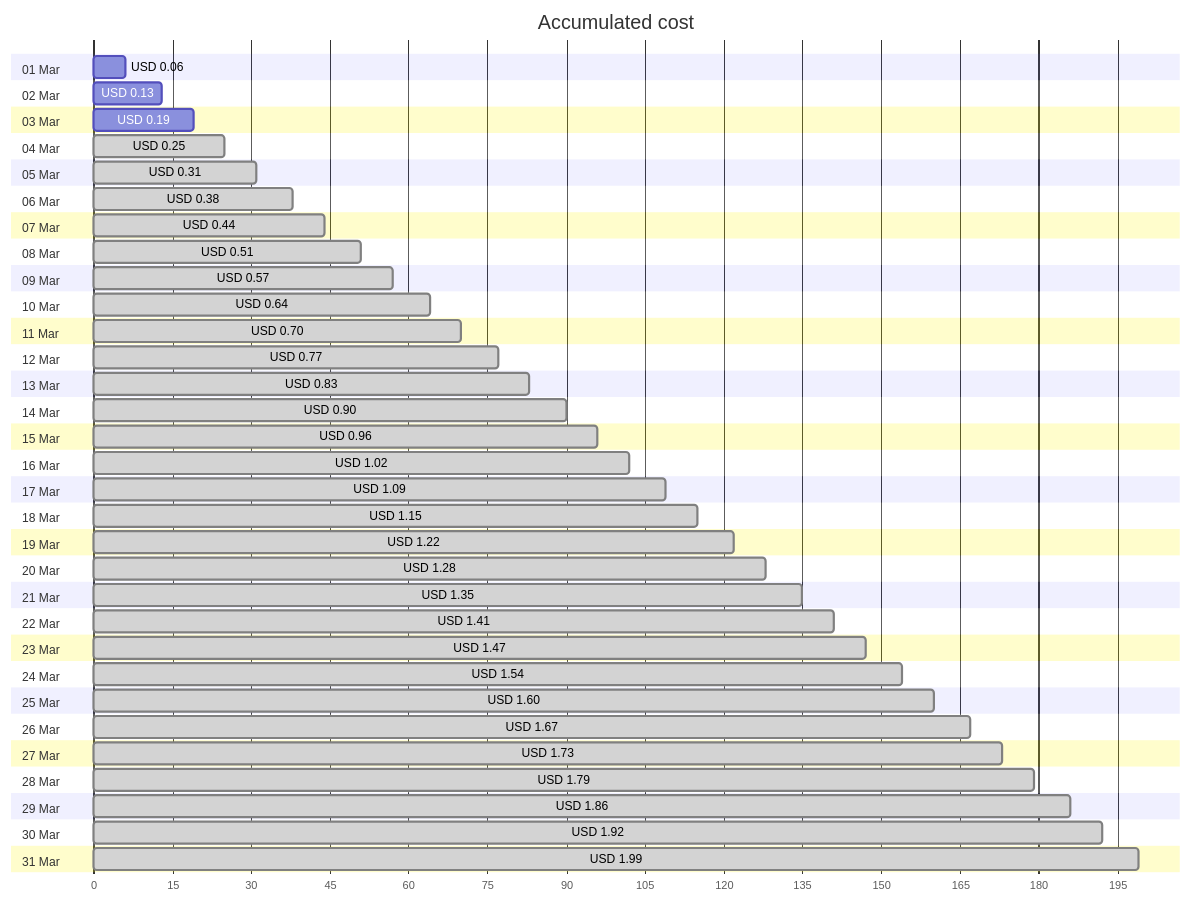
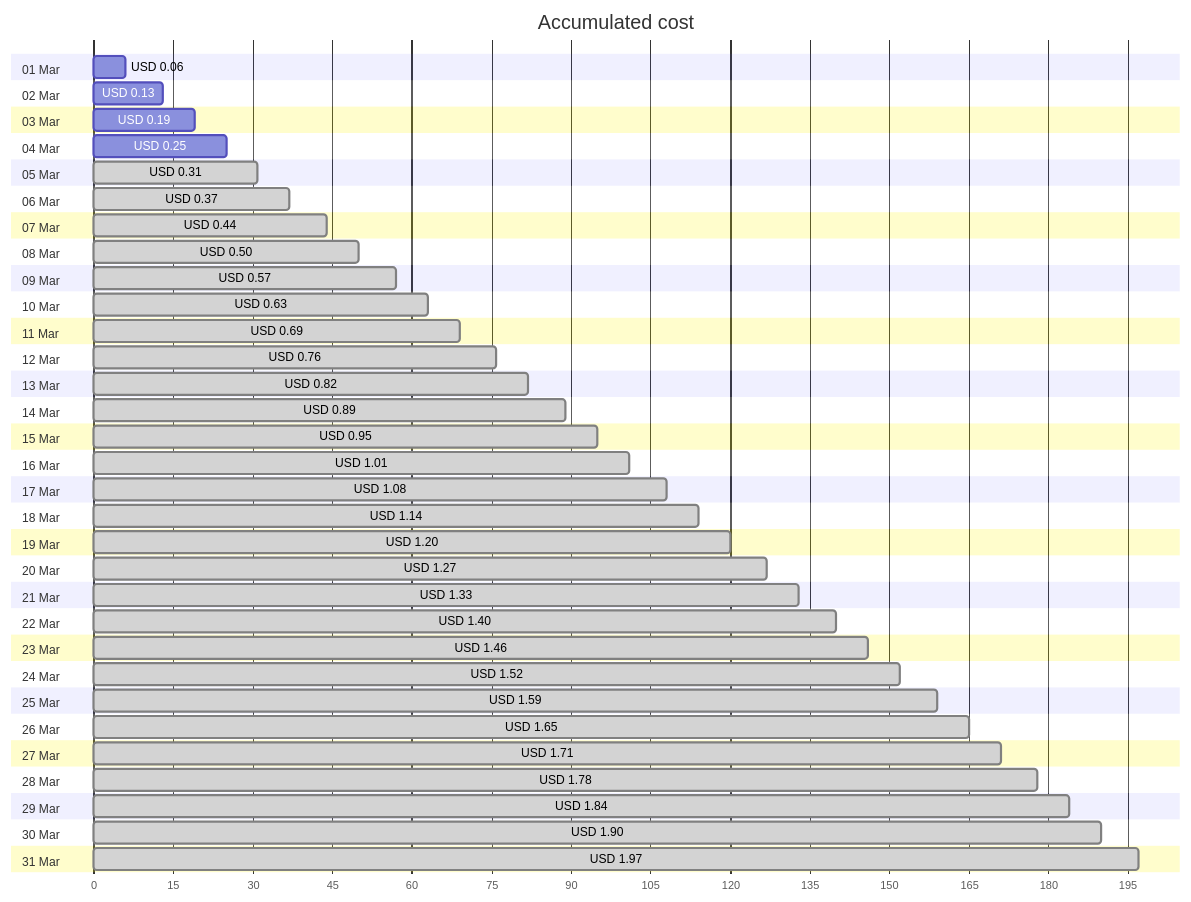
Before and after one commit to jpfulton/azure-personal-reports: the first of 4 diagrams in cost-reports/personal-network/backup-server_OsDisk.md, drawn with Mermaid. The commit also changed other lines of this file and 8 other files, not shown here.

````diff
--- a/cost-reports/personal-network/backup-server_OsDisk.md
+++ b/cost-reports/personal-network/backup-server_OsDisk.md
@@ -20,68 +20,68 @@
 ```mermaid
 gantt
    title Accumulated cost
    dateFormat  X
    axisFormat %s
    section 01 Mar
    USD 0.06 :0, 6
    section 02 Mar
    USD 0.13 :0, 13
    section 03 Mar
    USD 0.19 :0, 19
    section 04 Mar
-   USD 0.25 : done, 0, 25
+   USD 0.25 :0, 25
    section 05 Mar
    USD 0.31 : done, 0, 31
    section 06 Mar
-   USD 0.38 : done, 0, 38
+   USD 0.37 : done, 0, 37
    section 07 Mar
    USD 0.44 : done, 0, 44
    section 08 Mar
-   USD 0.51 : done, 0, 51
+   USD 0.50 : done, 0, 50
    section 09 Mar
    USD 0.57 : done, 0, 57
    section 10 Mar
-   USD 0.64 : done, 0, 64
+   USD 0.63 : done, 0, 63
    section 11 Mar
-   USD 0.70 : done, 0, 70
+   USD 0.69 : done, 0, 69
    section 12 Mar
-   USD 0.77 : done, 0, 77
+   USD 0.76 : done, 0, 76
    section 13 Mar
-   USD 0.83 : done, 0, 83
+   USD 0.82 : done, 0, 82
    section 14 Mar
-   USD 0.90 : done, 0, 90
+   USD 0.89 : done, 0, 89
    section 15 Mar
-   USD 0.96 : done, 0, 96
+   USD 0.95 : done, 0, 95
    section 16 Mar
-   USD 1.02 : done, 0, 102
+   USD 1.01 : done, 0, 101
    section 17 Mar
-   USD 1.09 : done, 0, 109
+   USD 1.08 : done, 0, 108
    section 18 Mar
-   USD 1.15 : done, 0, 115
+   USD 1.14 : done, 0, 114
    section 19 Mar
-   USD 1.22 : done, 0, 122
+   USD 1.20 : done, 0, 120
    section 20 Mar
-   USD 1.28 : done, 0, 128
+   USD 1.27 : done, 0, 127
    section 21 Mar
-   USD 1.35 : done, 0, 135
+   USD 1.33 : done, 0, 133
    section 22 Mar
-   USD 1.41 : done, 0, 141
+   USD 1.40 : done, 0, 140
    section 23 Mar
-   USD 1.47 : done, 0, 147
+   USD 1.46 : done, 0, 146
    section 24 Mar
-   USD 1.54 : done, 0, 154
+   USD 1.52 : done, 0, 152
    section 25 Mar
-   USD 1.60 : done, 0, 160
+   USD 1.59 : done, 0, 159
    section 26 Mar
-   USD 1.67 : done, 0, 167
+   USD 1.65 : done, 0, 165
    section 27 Mar
-   USD 1.73 : done, 0, 173
+   USD 1.71 : done, 0, 171
    section 28 Mar
-   USD 1.79 : done, 0, 179
+   USD 1.78 : done, 0, 178
    section 29 Mar
-   USD 1.86 : done, 0, 186
+   USD 1.84 : done, 0, 184
    section 30 Mar
-   USD 1.92 : done, 0, 192
+   USD 1.90 : done, 0, 190
    section 31 Mar
-   USD 1.99 : done, 0, 199
+   USD 1.97 : done, 0, 197
 ```
````
